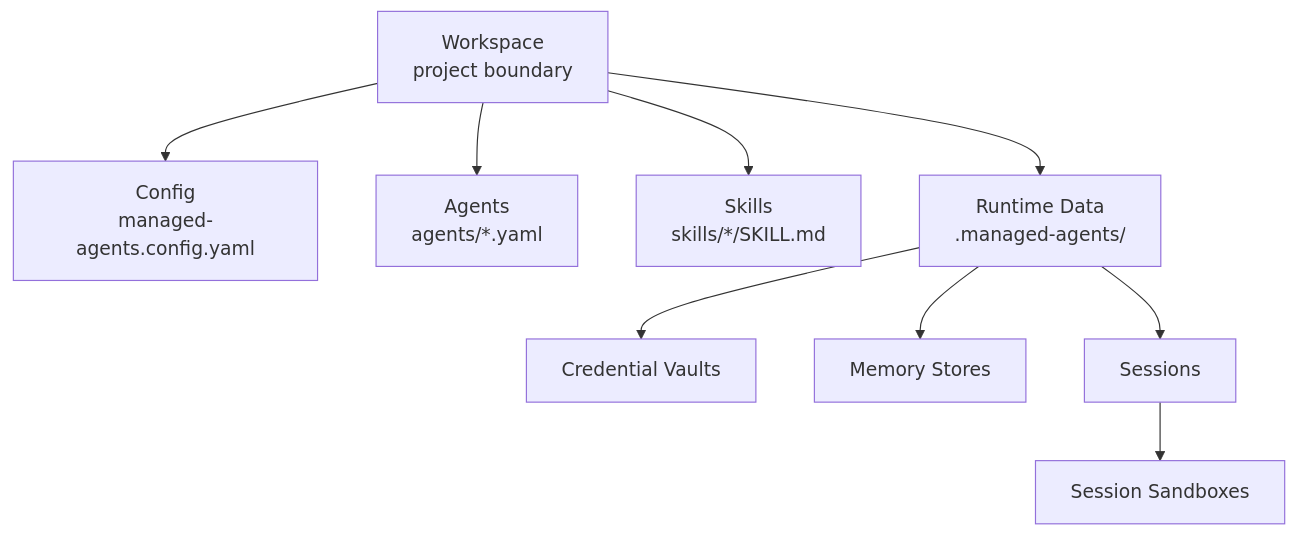
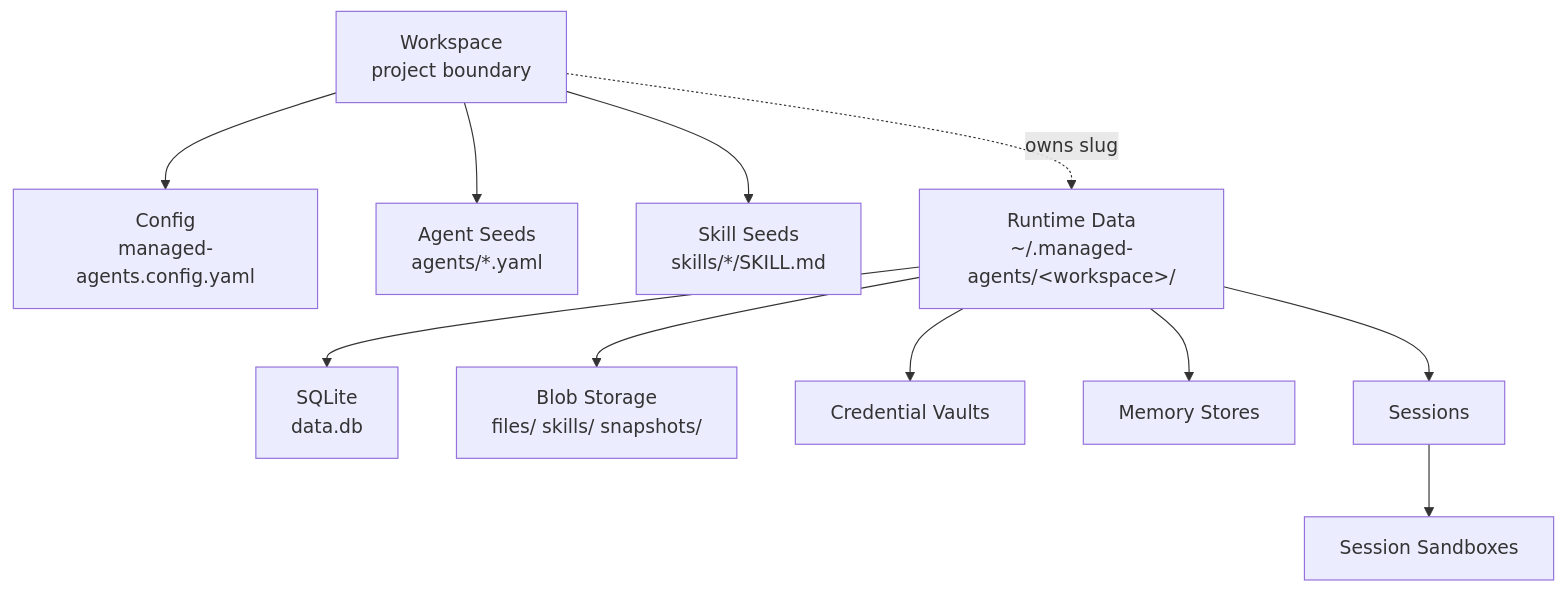
Before and after one commit to sandbaseai/managed-agents: the seventh of 8 diagrams in docs/spec/architecture.md, drawn with Mermaid. The commit also changed other lines of this file and 17 other files, not shown here.

Commit message:
Persist runtime metadata in sqlite

````diff
--- a/docs/spec/architecture.md
+++ b/docs/spec/architecture.md
@@ -181,21 +184,25 @@
 ```mermaid
 graph TB
     Workspace["Workspace<br/>project boundary"]
     Config["Config<br/>managed-agents.config.yaml"]
-    Agents["Agents<br/>agents/*.yaml"]
-    Skills["Skills<br/>skills/*/SKILL.md"]
-    RuntimeData["Runtime Data<br/>.managed-agents/"]
+    Agents["Agent Seeds<br/>agents/*.yaml"]
+    Skills["Skill Seeds<br/>skills/*/SKILL.md"]
+    RuntimeData["Runtime Data<br/>~/.managed-agents/&lt;workspace&gt;/"]
+    DB["SQLite<br/>data.db"]
+    Files["Blob Storage<br/>files/ skills/ snapshots/"]
     Vaults["Credential Vaults"]
     Memory["Memory Stores"]
     Sessions["Sessions"]
     Sandboxes["Session Sandboxes"]
 
     Workspace --> Config
     Workspace --> Agents
     Workspace --> Skills
-    Workspace --> RuntimeData
+    Workspace -. owns slug .-> RuntimeData
+    RuntimeData --> DB
+    RuntimeData --> Files
     RuntimeData --> Vaults
     RuntimeData --> Memory
     RuntimeData --> Sessions
     Sessions --> Sandboxes
 ```
````
